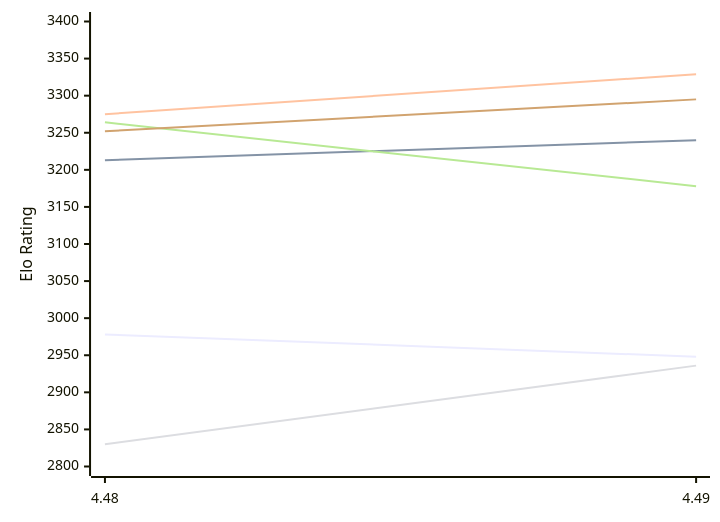
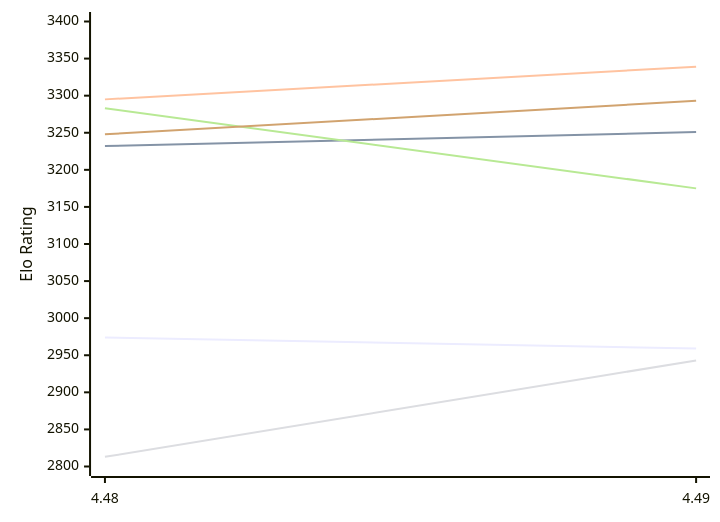
One commit to computer-chess-index/cci changed the first of 2 diagrams in engines/Cheng4.md. Above: the diagram before and after it, drawn with Mermaid. The commit also changed other lines of this file, not shown here.

Commit message:
Update CCI Ratings (ELO VLTC) - 2026-11-16

````diff
--- a/engines/Cheng4.md
+++ b/engines/Cheng4.md
@@ -50,12 +50,12 @@
 ```mermaid
 %%{init: {"theme":"base","themeVariables":{"seriesColors:['#a3a3a3','#222221','#faa371']}}}%%
 xychart-beta
   x-axis ["4.48", "4.49"]
   y-axis "Elo Rating" 2800 --> 3400
-  line "E1: STC (8.0+0.08s)" [2978, 2948]
-  line "E1: LTC (60.0+0.60s)" [3213, 3240]
-  line "E1: VLTC (2m24s+1.12s)" [3275, 3329]
-  line "P1: STC (8.0+0.08s)" [2830, 2936]
-  line "P1: LTC (60.0+0.60s)" [3264, 3178]
-  line "P1: VLTC (2m24s+1.12s)" [3252, 3295]
+  line "E1: STC (8.0+0.08s)" [2974, 2959]
+  line "E1: LTC (60.0+0.60s)" [3232, 3251]
+  line "E1: VLTC (2m24s+1.12s)" [3295, 3339]
+  line "P1: STC (8.0+0.08s)" [2813, 2943]
+  line "P1: LTC (60.0+0.60s)" [3283, 3175]
+  line "P1: VLTC (2m24s+1.12s)" [3248, 3293]
 ```
````
